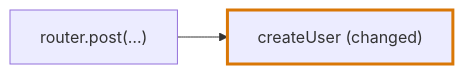
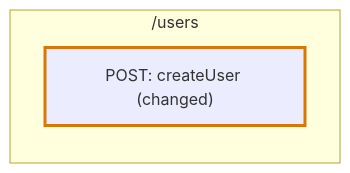
One commit to kidlat-dakila/flight-plan changed the second of 2 diagrams in docs/vocabulary/codegraph/languages/typescript.md. Above: the diagram before and after it, drawn with Mermaid. The commit also changed other lines of this file and 195 other files, not shown here.

Commit message:
feat: codeblock and journey-flow improvements

````diff
--- a/docs/vocabulary/codegraph/languages/typescript.md
+++ b/docs/vocabulary/codegraph/languages/typescript.md
@@ -139,5 +139,7 @@
 ```mermaid
 flowchart LR
-  route["router.post(…)"] --> createUser["createUser (changed)"]:::changed
+  subgraph route["/users"]
+    createUser["POST: createUser (changed)"]:::changed
+  end
   classDef changed stroke:#d97706,stroke-width:3px
 ```
````
